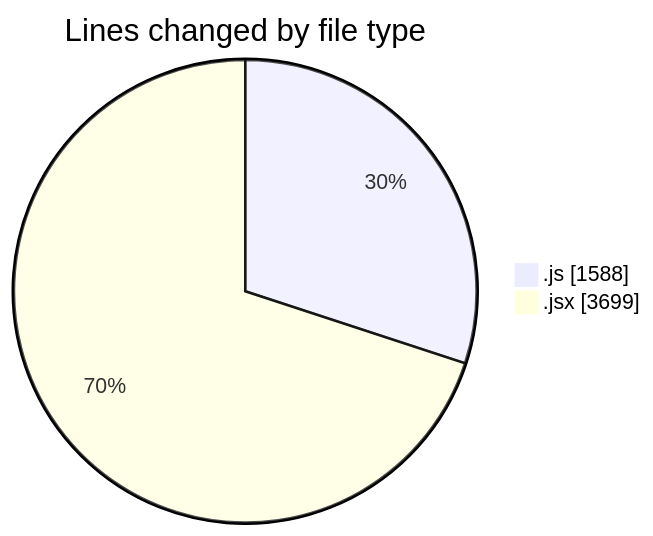
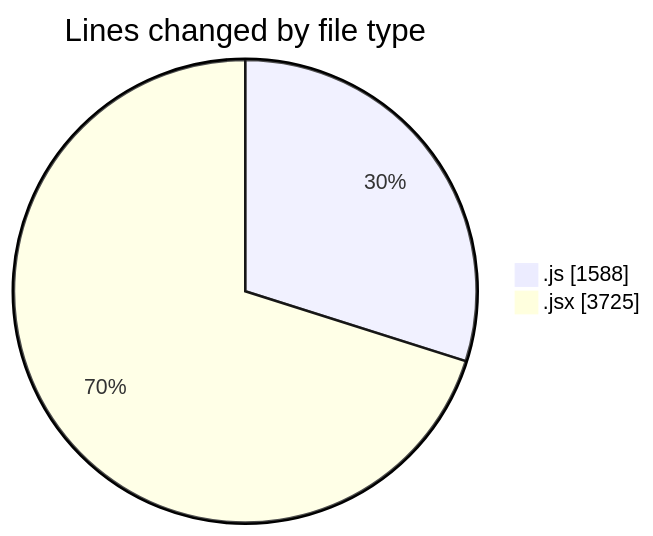
The first of 2 diagrams in 2026-01-15/nxtqube_webapp/README.md (nxtqubesakshisongat/code-tracking), drawn with Mermaid before and after one commit. The commit also changed other lines of this file and 1 other file, not shown here.

````diff
--- a/2026-01-15/nxtqube_webapp/README.md
+++ b/2026-01-15/nxtqube_webapp/README.md
@@ -25,6 +25,6 @@
 ```mermaid
 pie showData
 title Lines changed by file type
 ".js" : 1588
-".jsx" : 3699
+".jsx" : 3725
 ```
````
